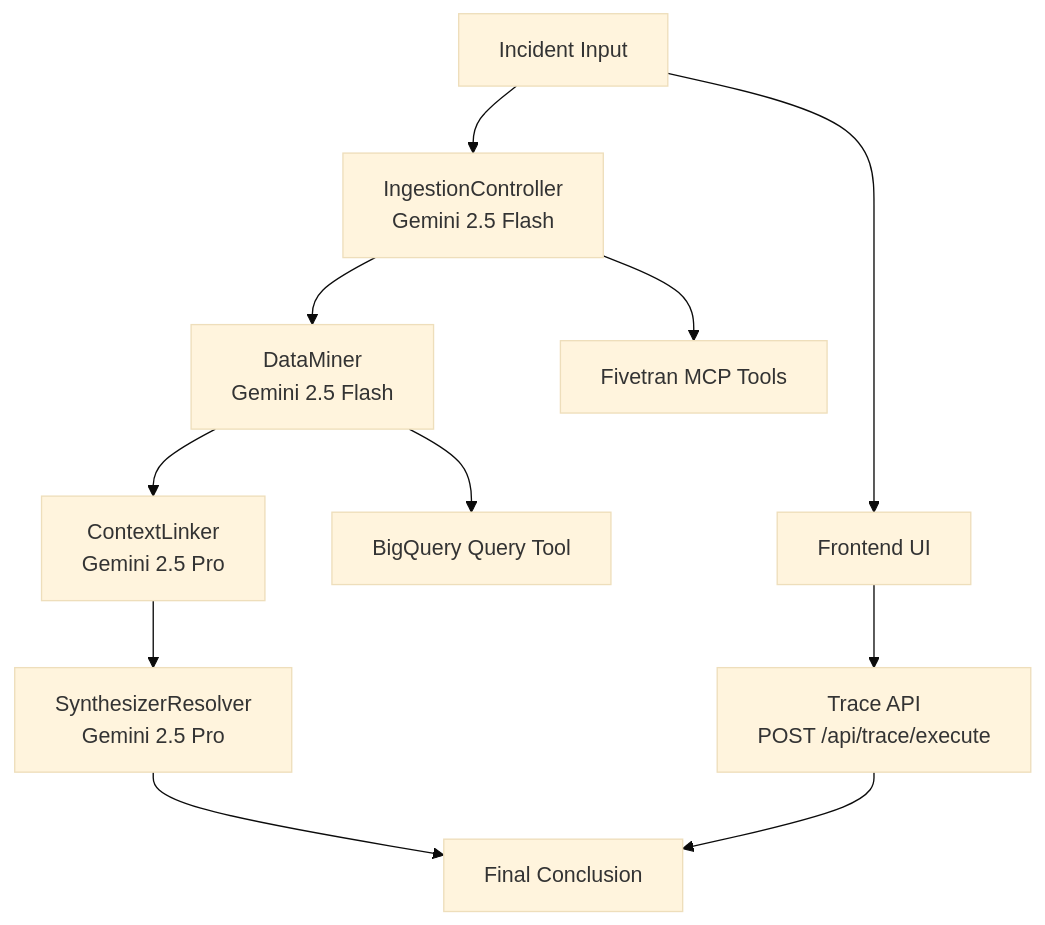
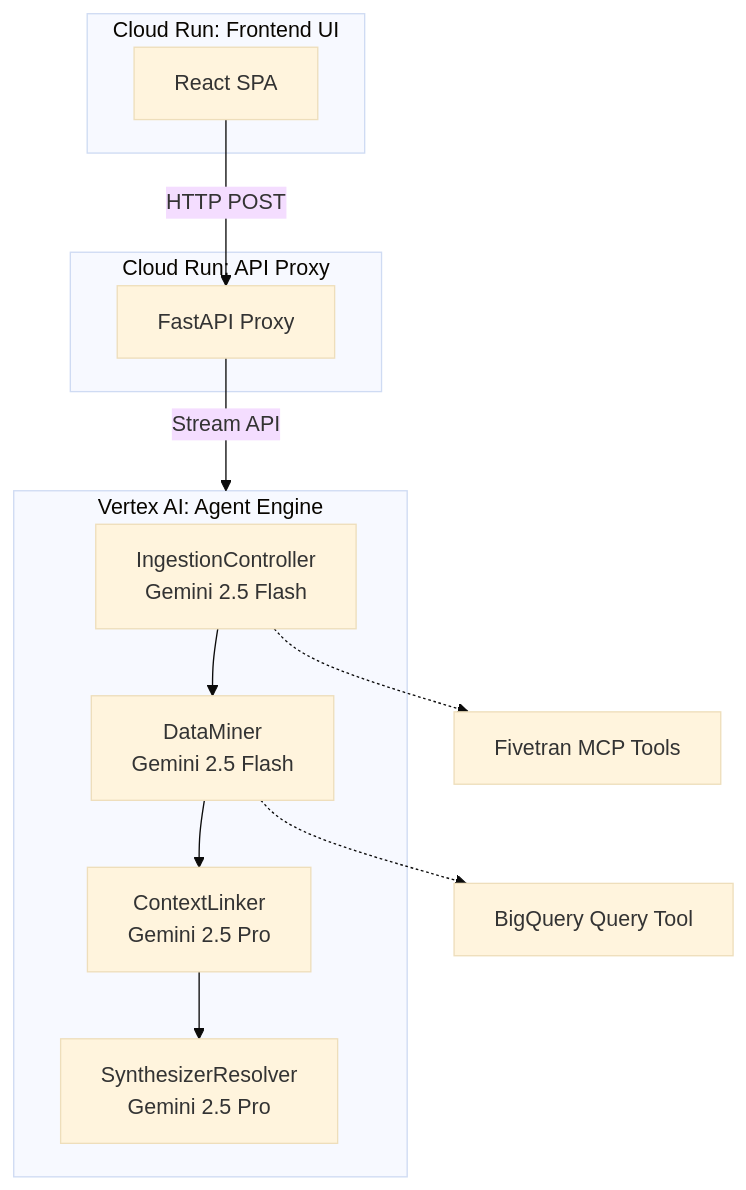
The diagram in agent.md (siliconstrength/Archeologist), drawn with Mermaid (base theme) before and after one commit. The commit also changed other lines of this file, not shown here.

Commit message:
update architecture

````diff
--- a/agent.md
+++ b/agent.md
@@ -26,15 +26,27 @@
 ```mermaid
 flowchart TB
-  IN[Incident Input] --> IC[IngestionController\nGemini 2.5 Flash]
-  IC --> DM[DataMiner\nGemini 2.5 Flash]
-  DM --> CL[ContextLinker\nGemini 2.5 Pro]
-  CL --> SR[SynthesizerResolver\nGemini 2.5 Pro]
-  SR --> OUT[Final Conclusion]
+  subgraph Frontend [Cloud Run: Frontend UI]
+    UI[React SPA]
+  end
 
-  IC --> FT[Fivetran MCP Tools]
-  DM --> BQ[BigQuery Query Tool]
+  subgraph Backend [Cloud Run: API Proxy]
+    API[FastAPI Proxy]
+  end
 
-  IN --> UI[Frontend UI]
-  UI --> API[Trace API\nPOST /api/trace/execute]
-  API --> OUT
+  subgraph Vertex [Vertex AI: Agent Engine]
+    IC[IngestionController\nGemini 2.5 Flash]
+    DM[DataMiner\nGemini 2.5 Flash]
+    CL[ContextLinker\nGemini 2.5 Pro]
+    SR[SynthesizerResolver\nGemini 2.5 Pro]
+
+    IC --> DM
+    DM --> CL
+    CL --> SR
+  end
+
+  UI -- HTTP POST --> API
+  API -- Stream API --> Vertex
+
+  IC -.-> FT[Fivetran MCP Tools]
+  DM -.-> BQ[BigQuery Query Tool]
 ```
````
